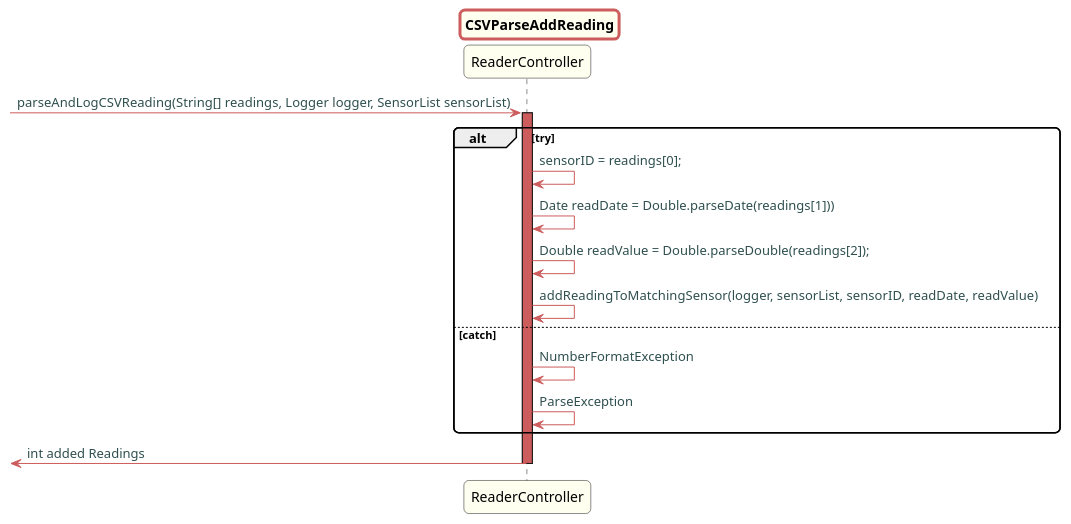
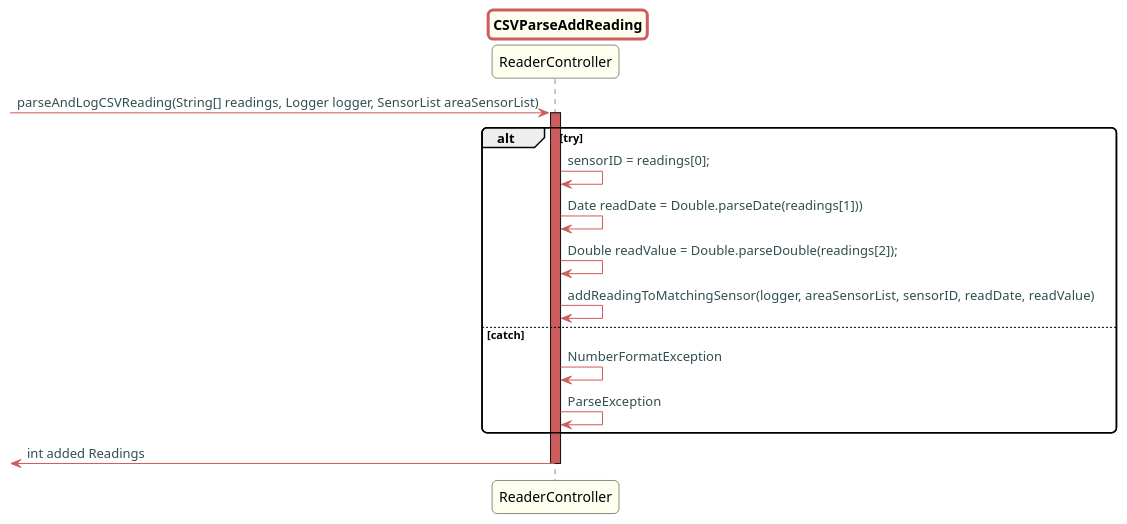
Before and after one commit to Almadanmp/project: the diagram in src/doc/Controllers/HouseConfiguration/US20v2/CSV/CSVParseAddReading.puml, drawn with PlantUML. The commit also changed 39 other files, not shown here.

Commit message:
REF#203 REF#197 renames SensorList to AreaSensorList

```diff
--- a/src/doc/Controllers/HouseConfiguration/US20v2/CSV/CSVParseAddReading.puml
+++ b/src/doc/Controllers/HouseConfiguration/US20v2/CSV/CSVParseAddReading.puml
@@ -1,45 +1,45 @@
 @startuml
 
 skinparam titleBorderRoundCorner 10
 skinparam titleBorderThickness 3
 skinparam titleBorderColor indianred
 skinparam titleBackgroundColor ivory
 skinparam FontName quicksand
 
 skinparam actor {
  	BorderColor indianred
  	}
 
  skinparam sequence {
  	LifeLineBackgroundColor indianred
  	ParticipantBackgroundColor ivory
  }
 
  skinparam roundcorner 10
 
  skinparam component {
    arrowThickness 1
    ArrowFontName Verdana
    ArrowColor indianred
    ArrowFontColor darkslategrey
  }
 
 
 title CSVParseAddReading
--> ReaderController: parseAndLogCSVReading(String[] readings, Logger logger, SensorList sensorList)
+-> ReaderController: parseAndLogCSVReading(String[] readings, Logger logger, SensorList areaSensorList)
 activate ReaderController
 
 alt try
 
 ReaderController -> ReaderController: sensorID = readings[0];
 ReaderController -> ReaderController: Date readDate = Double.parseDate(readings[1]))
 ReaderController -> ReaderController: Double readValue = Double.parseDouble(readings[2]);
-ReaderController -> ReaderController: addReadingToMatchingSensor(logger, sensorList, sensorID, readDate, readValue)
+ReaderController -> ReaderController: addReadingToMatchingSensor(logger, areaSensorList, sensorID, readDate, readValue)
 else catch
 ReaderController -> ReaderController: NumberFormatException
 ReaderController -> ReaderController: ParseException
 end
 <- ReaderController: int added Readings
 deactivate ReaderController
 
 @enduml
```
